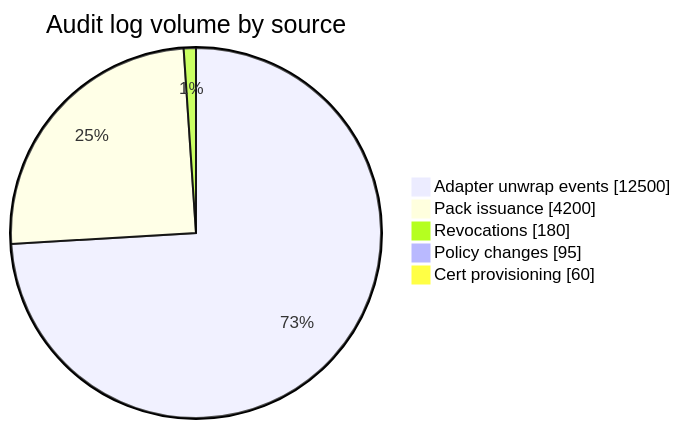
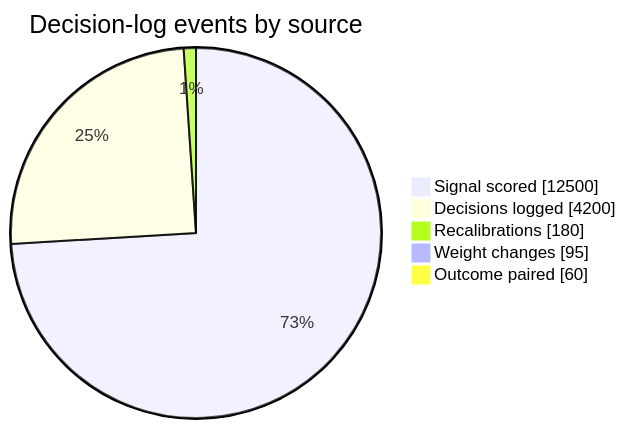
One commit to SlideWright/lattice changed the eighth of 25 diagrams in lib/components/diagram/diagram/diagram.gallery.md. Above: the diagram before and after it, drawn with Mermaid. The commit also changed other lines of this file and 81 other files, not shown here.

````diff
--- a/lib/components/diagram/diagram/diagram.gallery.md
+++ b/lib/components/diagram/diagram/diagram.gallery.md
@@ -251,9 +251,9 @@
 ```mermaid
 pie showData
-  title Audit log volume by source
-  "Adapter unwrap events" : 12500
-  "Pack issuance" : 4200
-  "Revocations" : 180
-  "Policy changes" : 95
-  "Cert provisioning" : 60
+  title Decision-log events by source
+  "Signal scored" : 12500
+  "Decisions logged" : 4200
+  "Recalibrations" : 180
+  "Weight changes" : 95
+  "Outcome paired" : 60
 ```
````
